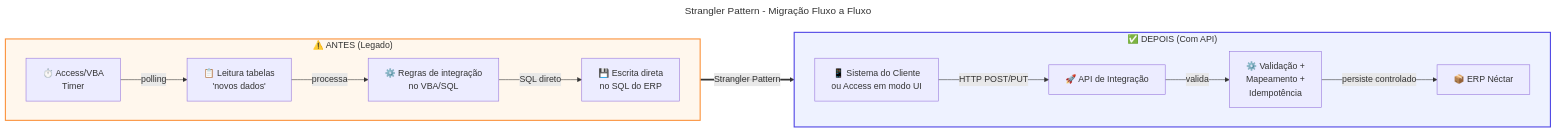
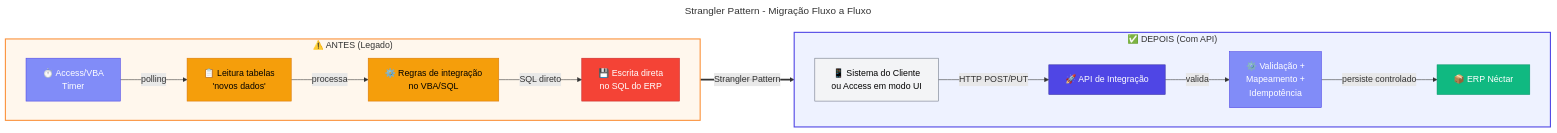
One commit to Evilazaro/Azure-LogicApps-Monitoring changed the first of 3 diagrams in docs/plano-modernizacao/03-execucao-projeto.md. Above: the diagram before and after it, drawn with Mermaid. The commit also changed other lines of this file and 6 other files, not shown here.

````diff
--- a/docs/plano-modernizacao/03-execucao-projeto.md
+++ b/docs/plano-modernizacao/03-execucao-projeto.md
@@ -39,33 +39,55 @@
 ```mermaid
 ---
 title: Strangler Pattern - Migração Fluxo a Fluxo
 ---
 flowchart LR
+    %% ===== DEFINIÇÕES DE ESTILO =====
+    classDef primary fill:#4F46E5,stroke:#3730A3,color:#FFFFFF
+    classDef secondary fill:#10B981,stroke:#059669,color:#FFFFFF
+    classDef datastore fill:#F59E0B,stroke:#D97706,color:#000000
+    classDef external fill:#6B7280,stroke:#4B5563,color:#FFFFFF,stroke-dasharray: 5 5
+    classDef failed fill:#F44336,stroke:#C62828,color:#FFFFFF
+    classDef trigger fill:#818CF8,stroke:#4F46E5,color:#FFFFFF
+    classDef decision fill:#FFFBEB,stroke:#F59E0B,color:#000000
+    classDef input fill:#F3F4F6,stroke:#6B7280,color:#000000
+
+    %% ===== SUBGRAPH: LEGADO =====
     subgraph legado ["⚠️ ANTES (Legado)"]
         direction LR
         A1["⏱️ Access/VBA<br>Timer"]
         A2["📋 Leitura tabelas<br>'novos dados'"]
         A3["⚙️ Regras de integração<br>no VBA/SQL"]
         A4["💾 Escrita direta<br>no SQL do ERP"]
 
         A1 -->|"polling"| A2
         A2 -->|"processa"| A3
         A3 -->|"SQL direto"| A4
     end
     style legado fill:#FFF7ED,stroke:#FB923C,stroke-width:2px
 
+    %% ===== SUBGRAPH: MODERNO =====
     subgraph moderno ["✅ DEPOIS (Com API)"]
         direction LR
         B1["📱 Sistema do Cliente<br>ou Access em modo UI"]
         B2["🚀 API de Integração"]
         B3["⚙️ Validação +<br>Mapeamento +<br>Idempotência"]
         B4["📦 ERP Néctar"]
 
         B1 -->|"HTTP POST/PUT"| B2
         B2 -->|"valida"| B3
         B3 -->|"persiste controlado"| B4
     end
     style moderno fill:#EEF2FF,stroke:#4F46E5,stroke-width:2px
 
+    %% ===== CONEXÃO PRINCIPAL =====
     legado ==>|"Strangler Pattern"| moderno
+
+    %% ===== APLICAÇÃO DE ESTILOS =====
+    class A1 trigger
+    class A2,A3 datastore
+    class A4 failed
+    class B1 input
+    class B2 primary
+    class B3 trigger
+    class B4 secondary
 ```
````
